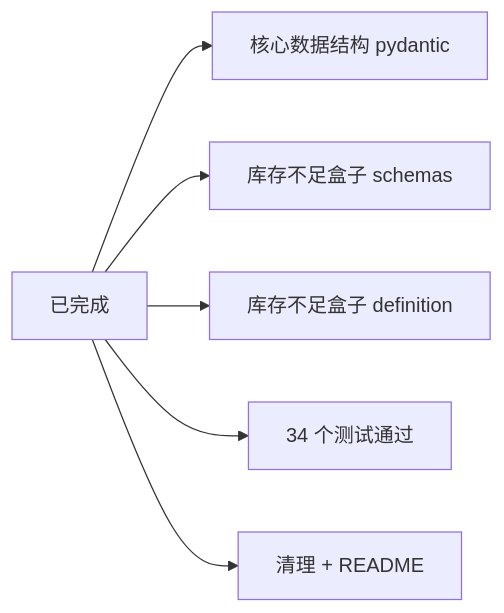
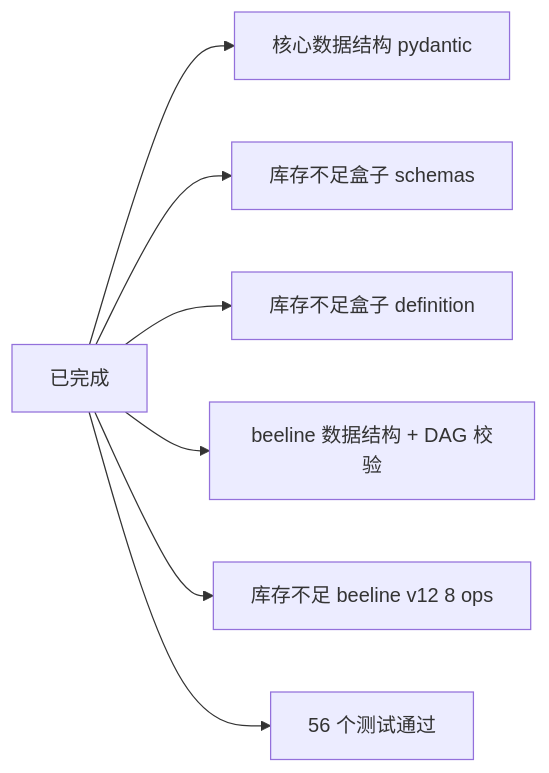
Before and after one commit to chehuizi/beeOS: the second of 2 diagrams in README.md, drawn with Mermaid. The commit also changed other lines of this file and 6 other files, not shown here.

````diff
--- a/README.md
+++ b/README.md
@@ -74,9 +76,10 @@
 ```mermaid
 flowchart LR
     Done[已完成]
     Done --> S1[核心数据结构 pydantic]
     Done --> S2[库存不足盒子 schemas]
     Done --> S3[库存不足盒子 definition]
-    Done --> S4[34 个测试通过]
-    Done --> S5[清理 + README]
+    Done --> S4[beeline 数据结构 + DAG 校验]
+    Done --> S5[库存不足 beeline v12 8 ops]
+    Done --> S6[56 个测试通过]
 ```
````
